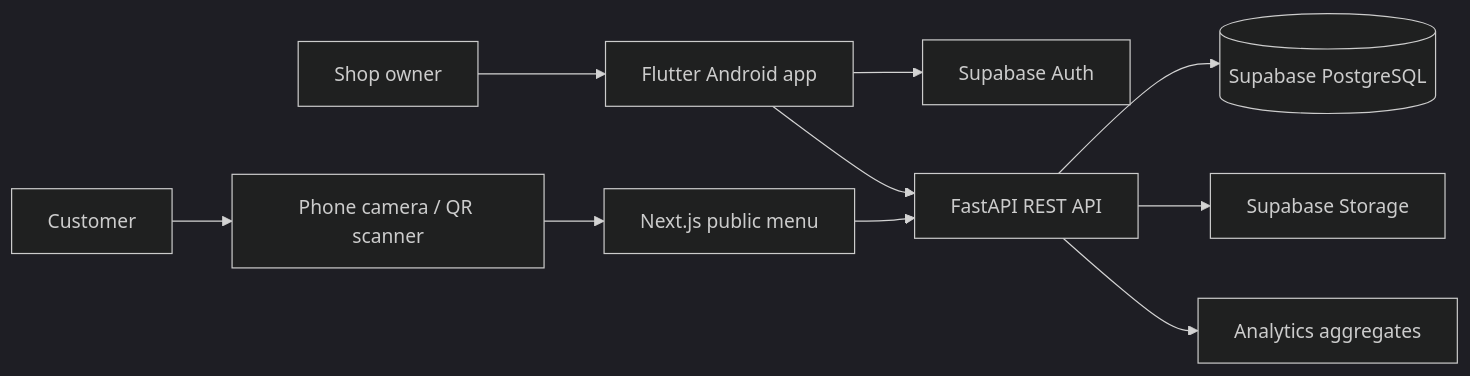
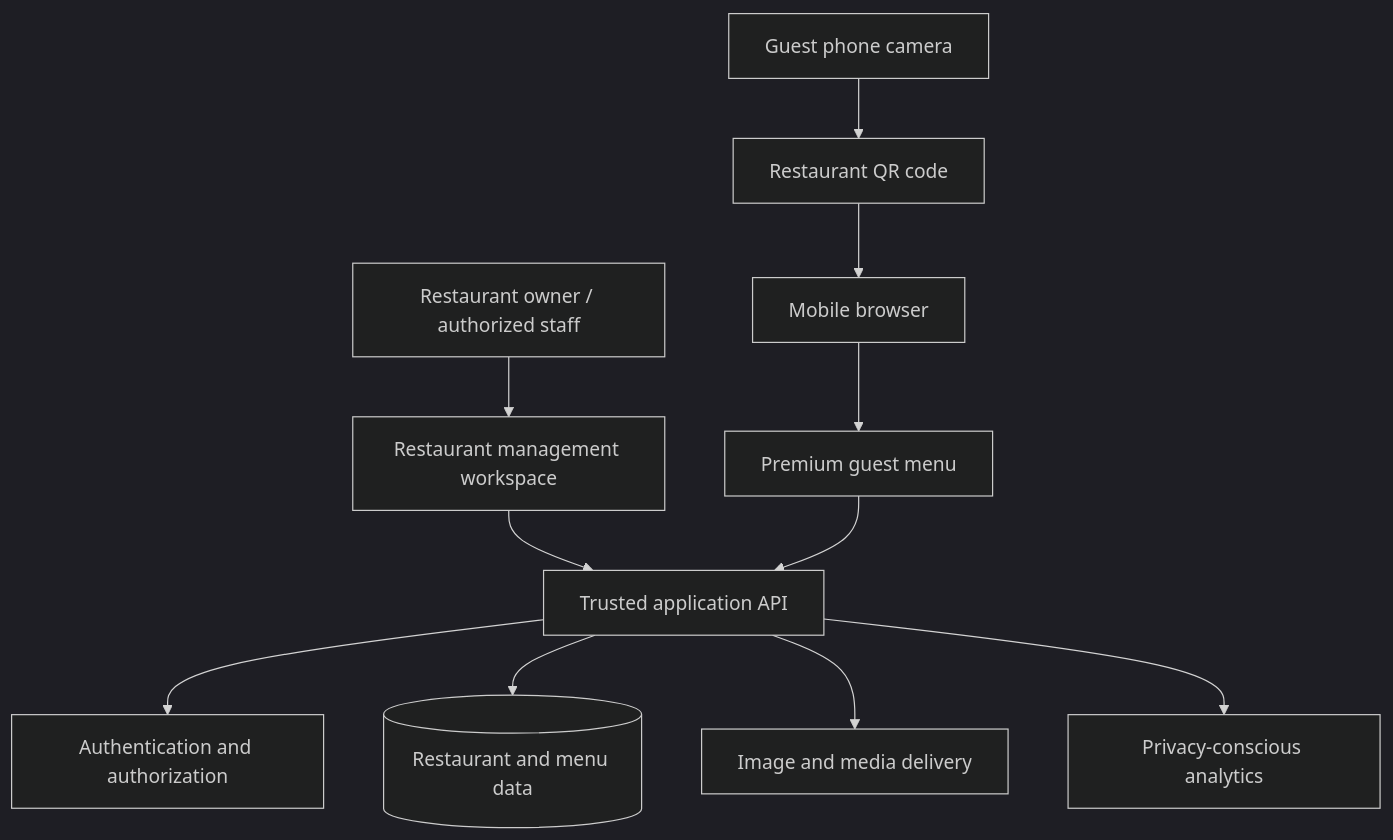
Before and after one commit to chandravadiyaDeep/QR-scanner: the diagram in SYSTEM_DESIGN.md, drawn with Mermaid (dark theme). The commit also changed other lines of this file, not shown here.

Commit message:
docs(system): redefine system design boundaries for premium platform

````diff
--- a/SYSTEM_DESIGN.md
+++ b/SYSTEM_DESIGN.md
@@ -20,12 +19,13 @@
 ```mermaid
-flowchart LR
-  Owner[Shop owner] --> Flutter[Flutter Android app]
-  Customer[Customer] --> Camera[Phone camera / QR scanner]
-  Camera --> Web[Next.js public menu]
-  Flutter --> Auth[Supabase Auth]
-  Flutter --> API[FastAPI REST API]
-  Web --> API
-  API --> DB[(Supabase PostgreSQL)]
-  API --> Store[Supabase Storage]
-  API --> Metrics[Analytics aggregates]
+flowchart TD
+  Staff[Restaurant owner / authorized staff] --> Workspace[Restaurant management workspace]
+  Guest[Guest phone camera] --> QR[Restaurant QR code]
+  QR --> Browser[Mobile browser]
+  Browser --> Menu[Premium guest menu]
+  Workspace --> API[Trusted application API]
+  Menu --> API
+  API --> Auth[Authentication and authorization]
+  API --> DB[(Restaurant and menu data)]
+  API --> Media[Image and media delivery]
+  API --> Metrics[Privacy-conscious analytics]
 ```
````
